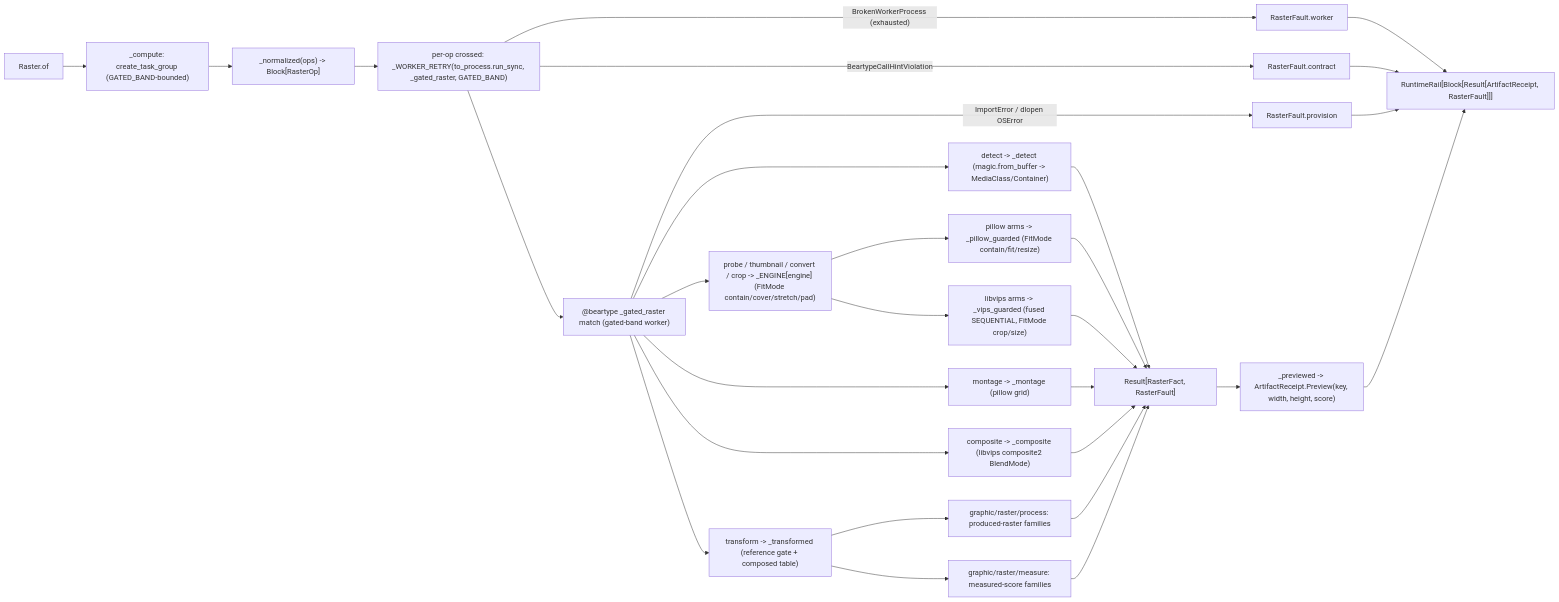
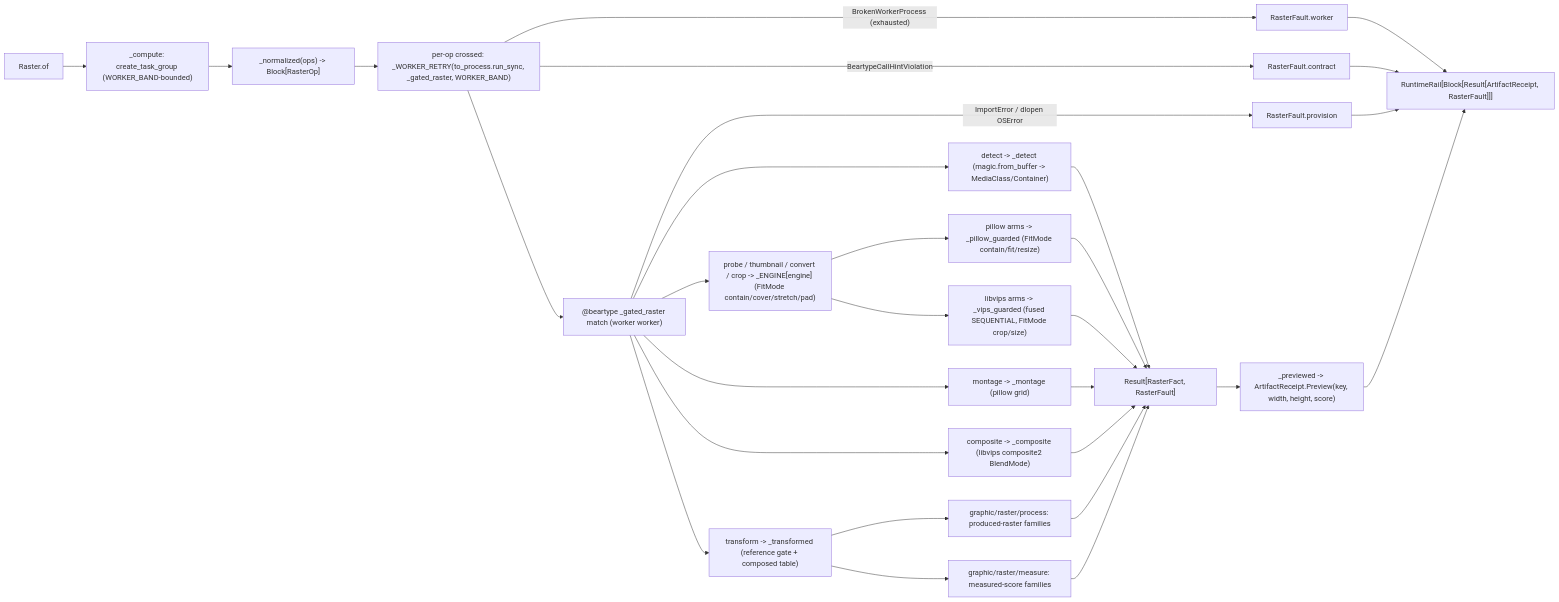
The diagram in libs/python/artifacts/.planning/graphic/raster/io.md (bsamiee/Rasm), drawn with Mermaid before and after one commit. The commit also changed other lines of this file and 506 other files, not shown here.

````diff
--- a/libs/python/artifacts/.planning/graphic/raster/io.md
+++ b/libs/python/artifacts/.planning/graphic/raster/io.md
@@ -581,31 +542,31 @@
 ```mermaid
 flowchart LR
-    Of["Raster.of"] --> Compute["_compute: create_task_group (GATED_BAND-bounded)"]
+    Of["Raster.of"] --> Compute["_compute: create_task_group (WORKER_BAND-bounded)"]
     Compute --> Norm["_normalized(ops) -> Block[RasterOp]"]
-    Norm --> Cross["per-op crossed: _WORKER_RETRY(to_process.run_sync, _gated_raster, GATED_BAND)"]
+    Norm --> Cross["per-op crossed: _WORKER_RETRY(to_process.run_sync, _gated_raster, WORKER_BAND)"]
     Cross -->|"BrokenWorkerProcess (exhausted)"| Worker["RasterFault.worker"]
     Cross -->|"BeartypeCallHintViolation"| Contract["RasterFault.contract"]
-    Cross --> Gated["@beartype _gated_raster match (gated-band worker)"]
+    Cross --> Gated["@beartype _gated_raster match (worker worker)"]
     Gated -->|"ImportError / dlopen OSError"| Prov["RasterFault.provision"]
     Gated --> Det["detect -> _detect (magic.from_buffer -> MediaClass/Container)"]
     Gated --> Eng["probe / thumbnail / convert / crop -> _ENGINE[engine] (FitMode contain/cover/stretch/pad)"]
     Gated --> Mont["montage -> _montage (pillow grid)"]
     Gated --> Comp["composite -> _composite (libvips composite2 BlendMode)"]
     Gated --> Tx["transform -> _transformed (reference gate + composed table)"]
     Eng --> Pil["pillow arms -> _pillow_guarded (FitMode contain/fit/resize)"]
     Eng --> Vips["libvips arms -> _vips_guarded (fused SEQUENTIAL, FitMode crop/size)"]
     Tx --> Proc["graphic/raster/process: produced-raster families"]
     Tx --> Meas["graphic/raster/measure: measured-score families"]
     Pil --> Fact["Result[RasterFact, RasterFault]"]
     Vips --> Fact
     Mont --> Fact
     Comp --> Fact
     Det --> Fact
     Proc --> Fact
     Meas --> Fact
     Fact --> Preview["_previewed -> ArtifactReceipt.Preview(key, width, height, score)"]
     Preview --> Rail["RuntimeRail[Block[Result[ArtifactReceipt, RasterFault]]]"]
     Worker --> Rail
     Contract --> Rail
     Prov --> Rail
 ```
````
